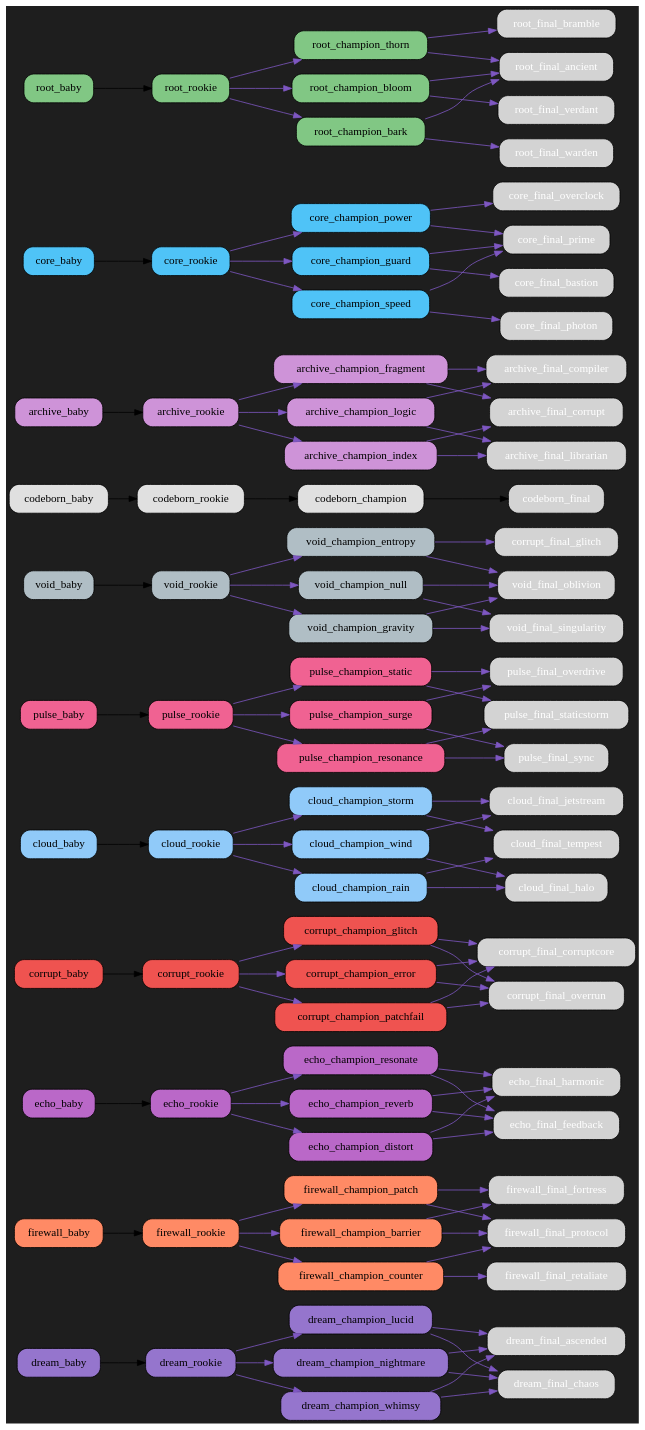
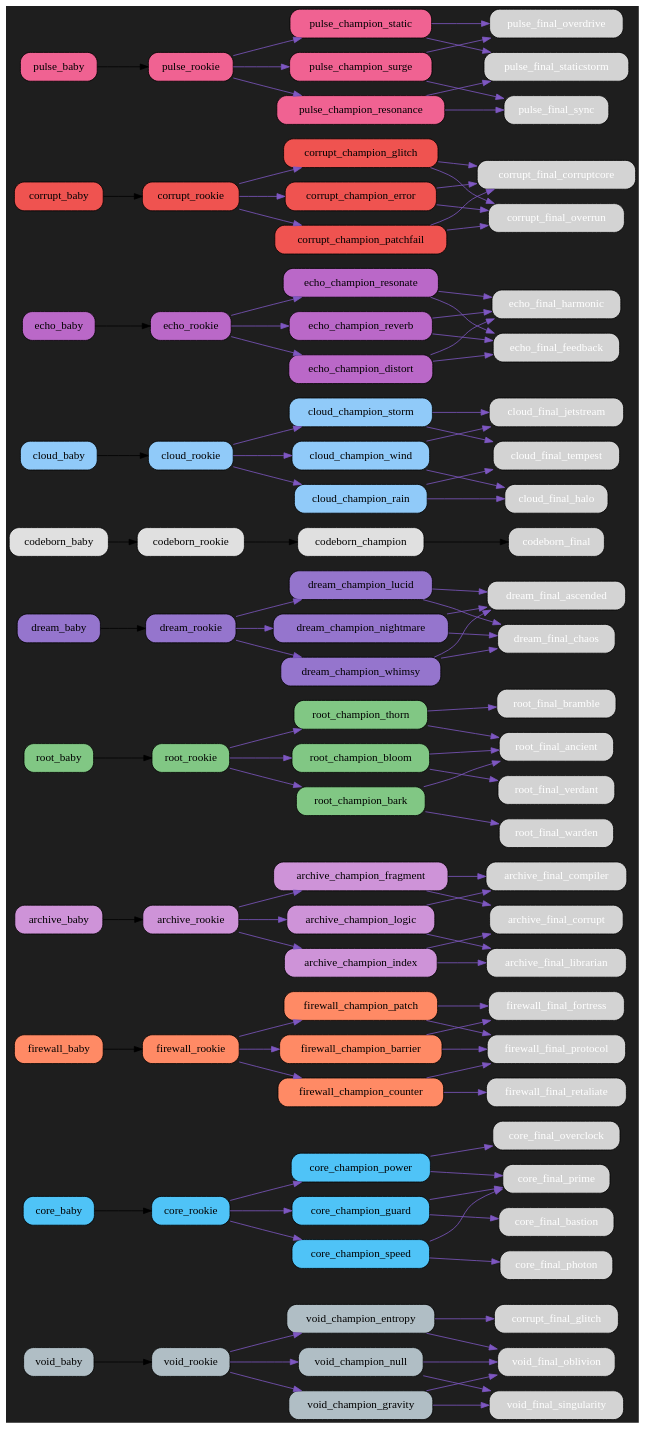
Before and after one commit to bwlight/NetGrid: the diagram in src/netgrid/systems/evolution/graphs/dark/evolution_graph_dark.dot, drawn with Graphviz. The commit also changed other lines of this file and 30 other files, not shown here.

Commit message:
Auto-update evolution graphs

```diff
--- a/src/netgrid/systems/evolution/graphs/dark/evolution_graph_dark.dot
+++ b/src/netgrid/systems/evolution/graphs/dark/evolution_graph_dark.dot
@@ -2,6 +2,81 @@
   rankdir=LR;
   bgcolor="#1e1e1e";
   node [shape=box, style="rounded,filled", fontcolor="white"];
+  "void_baby" [fillcolor="#b0bec5", fontcolor="black"];
+  "void_baby" -> "void_rookie";
+  "void_rookie" [fillcolor="#b0bec5", fontcolor="black"];
+  "void_rookie" -> "void_champion_entropy" [color="#7e57c2"];
+  "void_rookie" -> "void_champion_gravity" [color="#7e57c2"];
+  "void_rookie" -> "void_champion_null" [color="#7e57c2"];
+  "void_champion_entropy" [fillcolor="#b0bec5", fontcolor="black"];
+  "void_champion_entropy" -> "corrupt_final_glitch" [color="#7e57c2"];
+  "void_champion_entropy" -> "void_final_oblivion" [color="#7e57c2"];
+  "void_champion_gravity" [fillcolor="#b0bec5", fontcolor="black"];
+  "void_champion_gravity" -> "void_final_singularity" [color="#7e57c2"];
+  "void_champion_gravity" -> "void_final_oblivion" [color="#7e57c2"];
+  "void_champion_null" [fillcolor="#b0bec5", fontcolor="black"];
+  "void_champion_null" -> "void_final_oblivion" [color="#7e57c2"];
+  "void_champion_null" -> "void_final_singularity" [color="#7e57c2"];
+  "core_baby" [fillcolor="#4fc3f7", fontcolor="black"];
+  "core_baby" -> "core_rookie";
+  "core_rookie" [fillcolor="#4fc3f7", fontcolor="black"];
+  "core_rookie" -> "core_champion_power" [color="#7e57c2"];
+  "core_rookie" -> "core_champion_guard" [color="#7e57c2"];
+  "core_rookie" -> "core_champion_speed" [color="#7e57c2"];
+  "core_champion_power" [fillcolor="#4fc3f7", fontcolor="black"];
+  "core_champion_power" -> "core_final_overclock" [color="#7e57c2"];
+  "core_champion_power" -> "core_final_prime" [color="#7e57c2"];
+  "core_champion_guard" [fillcolor="#4fc3f7", fontcolor="black"];
+  "core_champion_guard" -> "core_final_bastion" [color="#7e57c2"];
+  "core_champion_guard" -> "core_final_prime" [color="#7e57c2"];
+  "core_champion_speed" [fillcolor="#4fc3f7", fontcolor="black"];
+  "core_champion_speed" -> "core_final_photon" [color="#7e57c2"];
+  "core_champion_speed" -> "core_final_prime" [color="#7e57c2"];
+  "firewall_baby" [fillcolor="#ff8a65", fontcolor="black"];
+  "firewall_baby" -> "firewall_rookie";
+  "firewall_rookie" [fillcolor="#ff8a65", fontcolor="black"];
+  "firewall_rookie" -> "firewall_champion_barrier" [color="#7e57c2"];
+  "firewall_rookie" -> "firewall_champion_counter" [color="#7e57c2"];
+  "firewall_rookie" -> "firewall_champion_patch" [color="#7e57c2"];
+  "firewall_champion_barrier" [fillcolor="#ff8a65", fontcolor="black"];
+  "firewall_champion_barrier" -> "firewall_final_fortress" [color="#7e57c2"];
+  "firewall_champion_barrier" -> "firewall_final_protocol" [color="#7e57c2"];
+  "firewall_champion_counter" [fillcolor="#ff8a65", fontcolor="black"];
+  "firewall_champion_counter" -> "firewall_final_retaliate" [color="#7e57c2"];
+  "firewall_champion_counter" -> "firewall_final_protocol" [color="#7e57c2"];
+  "firewall_champion_patch" [fillcolor="#ff8a65", fontcolor="black"];
+  "firewall_champion_patch" -> "firewall_final_protocol" [color="#7e57c2"];
+  "firewall_champion_patch" -> "firewall_final_fortress" [color="#7e57c2"];
+  "archive_baby" [fillcolor="#ce93d8", fontcolor="black"];
+  "archive_baby" -> "archive_rookie";
+  "archive_rookie" [fillcolor="#ce93d8", fontcolor="black"];
+  "archive_rookie" -> "archive_champion_logic" [color="#7e57c2"];
+  "archive_rookie" -> "archive_champion_index" [color="#7e57c2"];
+  "archive_rookie" -> "archive_champion_fragment" [color="#7e57c2"];
+  "archive_champion_logic" [fillcolor="#ce93d8", fontcolor="black"];
+  "archive_champion_logic" -> "archive_final_compiler" [color="#7e57c2"];
+  "archive_champion_logic" -> "archive_final_librarian" [color="#7e57c2"];
+  "archive_champion_index" [fillcolor="#ce93d8", fontcolor="black"];
+  "archive_champion_index" -> "archive_final_librarian" [color="#7e57c2"];
+  "archive_champion_index" -> "archive_final_corrupt" [color="#7e57c2"];
+  "archive_champion_fragment" [fillcolor="#ce93d8", fontcolor="black"];
+  "archive_champion_fragment" -> "archive_final_corrupt" [color="#7e57c2"];
+  "archive_champion_fragment" -> "archive_final_compiler" [color="#7e57c2"];
+  "root_baby" [fillcolor="#81c784", fontcolor="black"];
+  "root_baby" -> "root_rookie";
+  "root_rookie" [fillcolor="#81c784", fontcolor="black"];
+  "root_rookie" -> "root_champion_thorn" [color="#7e57c2"];
+  "root_rookie" -> "root_champion_bloom" [color="#7e57c2"];
+  "root_rookie" -> "root_champion_bark" [color="#7e57c2"];
+  "root_champion_thorn" [fillcolor="#81c784", fontcolor="black"];
+  "root_champion_thorn" -> "root_final_bramble" [color="#7e57c2"];
+  "root_champion_thorn" -> "root_final_ancient" [color="#7e57c2"];
+  "root_champion_bloom" [fillcolor="#81c784", fontcolor="black"];
+  "root_champion_bloom" -> "root_final_ancient" [color="#7e57c2"];
+  "root_champion_bloom" -> "root_final_verdant" [color="#7e57c2"];
+  "root_champion_bark" [fillcolor="#81c784", fontcolor="black"];
+  "root_champion_bark" -> "root_final_warden" [color="#7e57c2"];
+  "root_champion_bark" -> "root_final_ancient" [color="#7e57c2"];
   "dream_baby" [fillcolor="#9575cd", fontcolor="black"];
   "dream_baby" -> "dream_rookie";
   "dream_rookie" [fillcolor="#9575cd", fontcolor="black"];
@@ -17,21 +92,27 @@
   "dream_champion_whimsy" [fillcolor="#9575cd", fontcolor="black"];
   "dream_champion_whimsy" -> "dream_final_ascended" [color="#7e57c2"];
   "dream_champion_whimsy" -> "dream_final_chaos" [color="#7e57c2"];
-  "firewall_baby" [fillcolor="#ff8a65", fontcolor="black"];
-  "firewall_baby" -> "firewall_rookie";
-  "firewall_rookie" [fillcolor="#ff8a65", fontcolor="black"];
-  "firewall_rookie" -> "firewall_champion_barrier" [color="#7e57c2"];
-  "firewall_rookie" -> "firewall_champion_counter" [color="#7e57c2"];
-  "firewall_rookie" -> "firewall_champion_patch" [color="#7e57c2"];
-  "firewall_champion_barrier" [fillcolor="#ff8a65", fontcolor="black"];
-  "firewall_champion_barrier" -> "firewall_final_fortress" [color="#7e57c2"];
-  "firewall_champion_barrier" -> "firewall_final_protocol" [color="#7e57c2"];
-  "firewall_champion_counter" [fillcolor="#ff8a65", fontcolor="black"];
-  "firewall_champion_counter" -> "firewall_final_retaliate" [color="#7e57c2"];
-  "firewall_champion_counter" -> "firewall_final_protocol" [color="#7e57c2"];
-  "firewall_champion_patch" [fillcolor="#ff8a65", fontcolor="black"];
-  "firewall_champion_patch" -> "firewall_final_protocol" [color="#7e57c2"];
-  "firewall_champion_patch" -> "firewall_final_fortress" [color="#7e57c2"];
+  "codeborn_baby" [fillcolor="#e0e0e0", fontcolor="black"];
+  "codeborn_baby" -> "codeborn_rookie";
+  "codeborn_rookie" [fillcolor="#e0e0e0", fontcolor="black"];
+  "codeborn_rookie" -> "codeborn_champion";
+  "codeborn_champion" [fillcolor="#e0e0e0", fontcolor="black"];
+  "codeborn_champion" -> "codeborn_final";
+  "cloud_baby" [fillcolor="#90caf9", fontcolor="black"];
+  "cloud_baby" -> "cloud_rookie";
+  "cloud_rookie" [fillcolor="#90caf9", fontcolor="black"];
+  "cloud_rookie" -> "cloud_champion_wind" [color="#7e57c2"];
+  "cloud_rookie" -> "cloud_champion_rain" [color="#7e57c2"];
+  "cloud_rookie" -> "cloud_champion_storm" [color="#7e57c2"];
+  "cloud_champion_wind" [fillcolor="#90caf9", fontcolor="black"];
+  "cloud_champion_wind" -> "cloud_final_jetstream" [color="#7e57c2"];
+  "cloud_champion_wind" -> "cloud_final_halo" [color="#7e57c2"];
+  "cloud_champion_rain" [fillcolor="#90caf9", fontcolor="black"];
+  "cloud_champion_rain" -> "cloud_final_halo" [color="#7e57c2"];
+  "cloud_champion_rain" -> "cloud_final_tempest" [color="#7e57c2"];
+  "cloud_champion_storm" [fillcolor="#90caf9", fontcolor="black"];
+  "cloud_champion_storm" -> "cloud_final_tempest" [color="#7e57c2"];
+  "cloud_champion_storm" -> "cloud_final_jetstream" [color="#7e57c2"];
   "echo_baby" [fillcolor="#ba68c8", fontcolor="black"];
   "echo_baby" -> "echo_rookie";
   "echo_rookie" [fillcolor="#ba68c8", fontcolor="black"];
@@ -62,21 +143,6 @@
   "corrupt_champion_patchfail" [fillcolor="#ef5350", fontcolor="black"];
   "corrupt_champion_patchfail" -> "corrupt_final_corruptcore" [color="#7e57c2"];
   "corrupt_champion_patchfail" -> "corrupt_final_overrun" [color="#7e57c2"];
-  "cloud_baby" [fillcolor="#90caf9", fontcolor="black"];
-  "cloud_baby" -> "cloud_rookie";
-  "cloud_rookie" [fillcolor="#90caf9", fontcolor="black"];
-  "cloud_rookie" -> "cloud_champion_wind" [color="#7e57c2"];
-  "cloud_rookie" -> "cloud_champion_rain" [color="#7e57c2"];
-  "cloud_rookie" -> "cloud_champion_storm" [color="#7e57c2"];
-  "cloud_champion_wind" [fillcolor="#90caf9", fontcolor="black"];
-  "cloud_champion_wind" -> "cloud_final_jetstream" [color="#7e57c2"];
-  "cloud_champion_wind" -> "cloud_final_halo" [color="#7e57c2"];
-  "cloud_champion_rain" [fillcolor="#90caf9", fontcolor="black"];
-  "cloud_champion_rain" -> "cloud_final_halo" [color="#7e57c2"];
-  "cloud_champion_rain" -> "cloud_final_tempest" [color="#7e57c2"];
-  "cloud_champion_storm" [fillcolor="#90caf9", fontcolor="black"];
-  "cloud_champion_storm" -> "cloud_final_tempest" [color="#7e57c2"];
-  "cloud_champion_storm" -> "cloud_final_jetstream" [color="#7e57c2"];
   "pulse_baby" [fillcolor="#f06292", fontcolor="black"];
   "pulse_baby" -> "pulse_rookie";
   "pulse_rookie" [fillcolor="#f06292", fontcolor="black"];
@@ -92,70 +158,4 @@
   "pulse_champion_static" [fillcolor="#f06292", fontcolor="black"];
   "pulse_champion_static" -> "pulse_final_staticstorm" [color="#7e57c2"];
   "pulse_champion_static" -> "pulse_final_overdrive" [color="#7e57c2"];
-  "void_baby" [fillcolor="#b0bec5", fontcolor="black"];
-  "void_baby" -> "void_rookie";
-  "void_rookie" [fillcolor="#b0bec5", fontcolor="black"];
-  "void_rookie" -> "void_champion_entropy" [color="#7e57c2"];
-  "void_rookie" -> "void_champion_gravity" [color="#7e57c2"];
-  "void_rookie" -> "void_champion_null" [color="#7e57c2"];
-  "void_champion_entropy" [fillcolor="#b0bec5", fontcolor="black"];
-  "void_champion_entropy" -> "corrupt_final_glitch" [color="#7e57c2"];
-  "void_champion_entropy" -> "void_final_oblivion" [color="#7e57c2"];
-  "void_champion_gravity" [fillcolor="#b0bec5", fontcolor="black"];
-  "void_champion_gravity" -> "void_final_singularity" [color="#7e57c2"];
-  "void_champion_gravity" -> "void_final_oblivion" [color="#7e57c2"];
-  "void_champion_null" [fillcolor="#b0bec5", fontcolor="black"];
-  "void_champion_null" -> "void_final_oblivion" [color="#7e57c2"];
-  "void_champion_null" -> "void_final_singularity" [color="#7e57c2"];
-  "codeborn_baby" [fillcolor="#e0e0e0", fontcolor="black"];
-  "codeborn_baby" -> "codeborn_rookie";
-  "codeborn_rookie" [fillcolor="#e0e0e0", fontcolor="black"];
-  "codeborn_rookie" -> "codeborn_champion";
-  "codeborn_champion" [fillcolor="#e0e0e0", fontcolor="black"];
-  "codeborn_champion" -> "codeborn_final";
-  "archive_baby" [fillcolor="#ce93d8", fontcolor="black"];
-  "archive_baby" -> "archive_rookie";
-  "archive_rookie" [fillcolor="#ce93d8", fontcolor="black"];
-  "archive_rookie" -> "archive_champion_logic" [color="#7e57c2"];
-  "archive_rookie" -> "archive_champion_index" [color="#7e57c2"];
-  "archive_rookie" -> "archive_champion_fragment" [color="#7e57c2"];
-  "archive_champion_logic" [fillcolor="#ce93d8", fontcolor="black"];
-  "archive_champion_logic" -> "archive_final_compiler" [color="#7e57c2"];
-  "archive_champion_logic" -> "archive_final_librarian" [color="#7e57c2"];
-  "archive_champion_index" [fillcolor="#ce93d8", fontcolor="black"];
-  "archive_champion_index" -> "archive_final_librarian" [color="#7e57c2"];
-  "archive_champion_index" -> "archive_final_corrupt" [color="#7e57c2"];
-  "archive_champion_fragment" [fillcolor="#ce93d8", fontcolor="black"];
-  "archive_champion_fragment" -> "archive_final_corrupt" [color="#7e57c2"];
-  "archive_champion_fragment" -> "archive_final_compiler" [color="#7e57c2"];
-  "core_baby" [fillcolor="#4fc3f7", fontcolor="black"];
-  "core_baby" -> "core_rookie";
-  "core_rookie" [fillcolor="#4fc3f7", fontcolor="black"];
-  "core_rookie" -> "core_champion_power" [color="#7e57c2"];
-  "core_rookie" -> "core_champion_guard" [color="#7e57c2"];
-  "core_rookie" -> "core_champion_speed" [color="#7e57c2"];
-  "core_champion_power" [fillcolor="#4fc3f7", fontcolor="black"];
-  "core_champion_power" -> "core_final_overclock" [color="#7e57c2"];
-  "core_champion_power" -> "core_final_prime" [color="#7e57c2"];
-  "core_champion_guard" [fillcolor="#4fc3f7", fontcolor="black"];
-  "core_champion_guard" -> "core_final_bastion" [color="#7e57c2"];
-  "core_champion_guard" -> "core_final_prime" [color="#7e57c2"];
-  "core_champion_speed" [fillcolor="#4fc3f7", fontcolor="black"];
-  "core_champion_speed" -> "core_final_photon" [color="#7e57c2"];
-  "core_champion_speed" -> "core_final_prime" [color="#7e57c2"];
-  "root_baby" [fillcolor="#81c784", fontcolor="black"];
-  "root_baby" -> "root_rookie";
-  "root_rookie" [fillcolor="#81c784", fontcolor="black"];
-  "root_rookie" -> "root_champion_thorn" [color="#7e57c2"];
-  "root_rookie" -> "root_champion_bloom" [color="#7e57c2"];
-  "root_rookie" -> "root_champion_bark" [color="#7e57c2"];
-  "root_champion_thorn" [fillcolor="#81c784", fontcolor="black"];
-  "root_champion_thorn" -> "root_final_bramble" [color="#7e57c2"];
-  "root_champion_thorn" -> "root_final_ancient" [color="#7e57c2"];
-  "root_champion_bloom" [fillcolor="#81c784", fontcolor="black"];
-  "root_champion_bloom" -> "root_final_ancient" [color="#7e57c2"];
-  "root_champion_bloom" -> "root_final_verdant" [color="#7e57c2"];
-  "root_champion_bark" [fillcolor="#81c784", fontcolor="black"];
-  "root_champion_bark" -> "root_final_warden" [color="#7e57c2"];
-  "root_champion_bark" -> "root_final_ancient" [color="#7e57c2"];
 }
```
